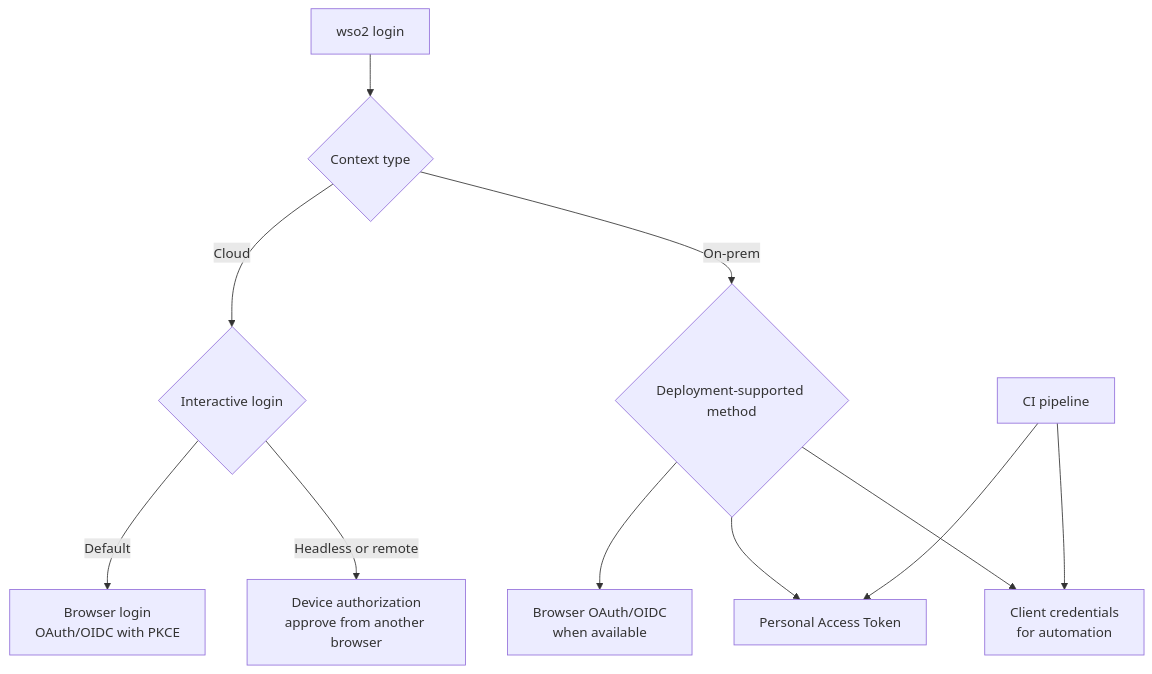
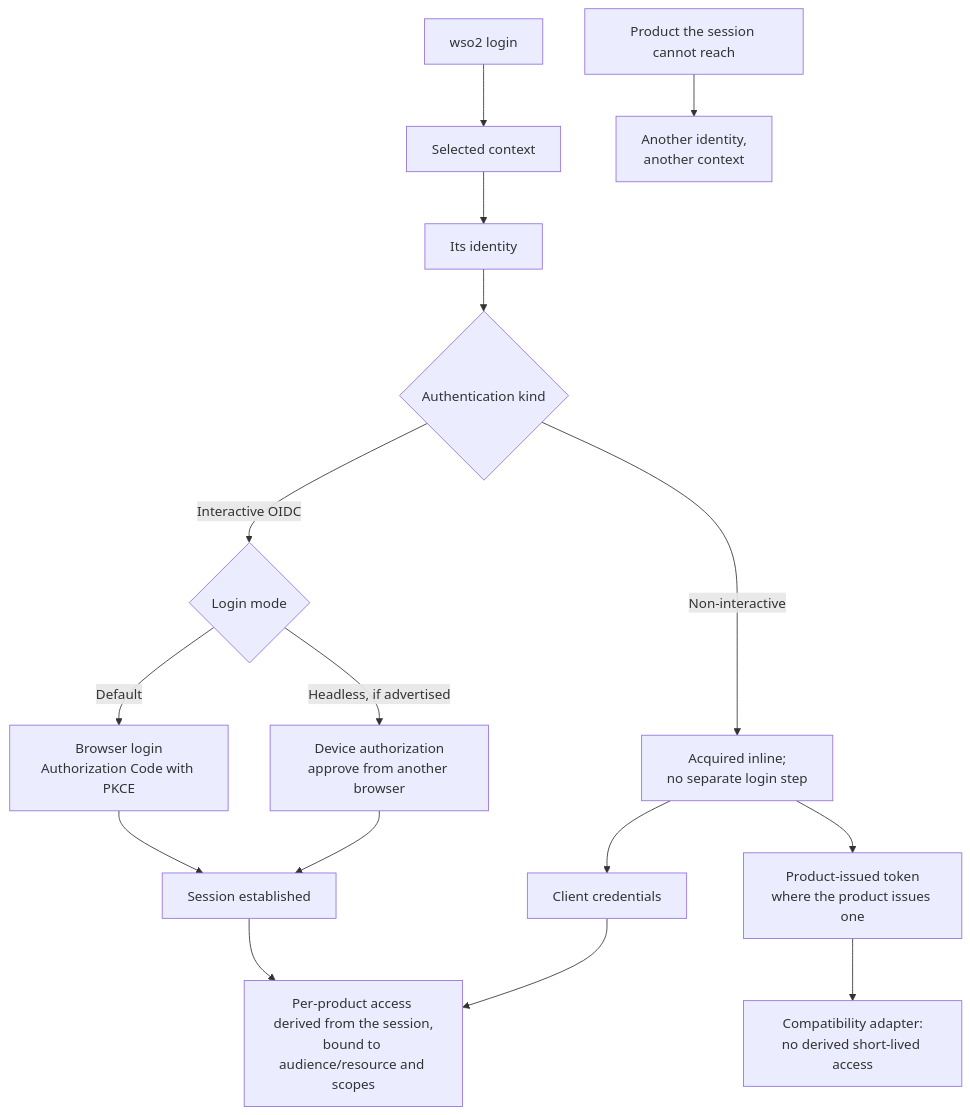
One commit to kanushka/wso2-cli changed the diagram in docs/product-requirements.md. Above: the diagram before and after it, drawn with Mermaid. The commit also changed other lines of this file and 2 other files, not shown here.

````diff
--- a/docs/product-requirements.md
+++ b/docs/product-requirements.md
@@ -197,16 +218,23 @@
 ```mermaid
 flowchart TD
-    L["wso2 login"] --> C{"Context type"}
+    L["wso2 login"] --> S["Selected context"]
+    S --> I["Its identity"]
+    I --> K{"Authentication kind"}
 
-    C -->|Cloud| CL{"Interactive login"}
-    CL -->|Default| B["Browser login<br/>OAuth/OIDC with PKCE"]
-    CL -->|Headless or remote| D["Device authorization<br/>approve from another browser"]
+    K -->|Interactive OIDC| M{"Login mode"}
+    M -->|Default| B["Browser login<br/>Authorization Code with PKCE"]
+    M -->|Headless, if advertised| D["Device authorization<br/>approve from another browser"]
 
-    C -->|On-prem| OP{"Deployment-supported method"}
-    OP --> O["Browser OAuth/OIDC<br/>when available"]
-    OP --> P["Personal Access Token"]
-    OP --> CC["Client credentials<br/>for automation"]
+    K -->|Non-interactive| N["Acquired inline;<br/>no separate login step"]
+    N --> CC["Client credentials"]
+    N --> P["Product-issued token<br/>where the product issues one"]
 
-    CI["CI pipeline"] --> P
-    CI --> CC
+    B --> T["Session established"]
+    D --> T
+    T --> X["Per-product access derived from the session,<br/>bound to audience/resource and scopes"]
+    CC --> X
+
+    P --> A["Compatibility adapter:<br/>no derived short-lived access"]
+
+    R["Product the session cannot reach"] --> Y["Another identity,<br/>another context"]
 ```
````
